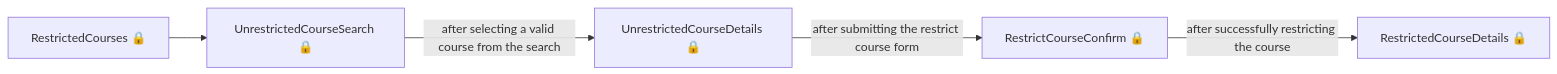
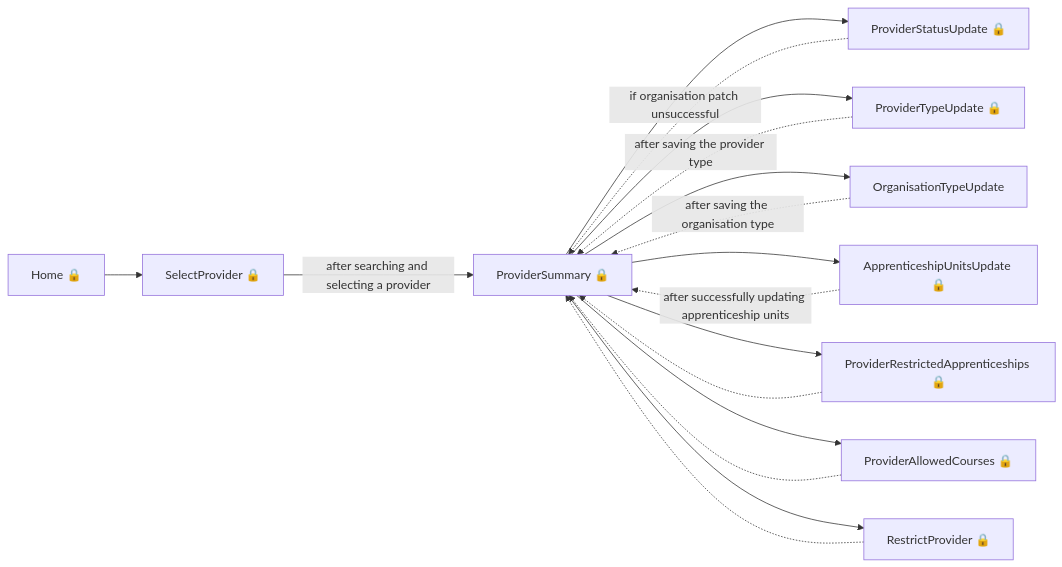
One commit to talentconsulting/atlas-dfe changed the second of 11 diagrams in das-admin-roatp-web/user-journeys/user-journeys.md. Above: the diagram before and after it, drawn with Mermaid. The commit also changed other lines of this file and 22 other files, not shown here.

````diff
--- a/das-admin-roatp-web/user-journeys/user-journeys.md
+++ b/das-admin-roatp-web/user-journeys/user-journeys.md
@@ -37,7 +25,19 @@
 ```mermaid
 flowchart LR
-  p0["RestrictedCourses 🔒"] --> p1["UnrestrictedCourseSearch 🔒"]
-  p1["UnrestrictedCourseSearch 🔒"] -->|"after selecting a valid course from the search"| p2["UnrestrictedCourseDetails 🔒"]
-  p2["UnrestrictedCourseDetails 🔒"] -->|"after submitting the restrict course form"| p3["RestrictCourseConfirm 🔒"]
-  p3["RestrictCourseConfirm 🔒"] -->|"after successfully restricting the course"| p4["RestrictedCourseDetails 🔒"]
+  p0["Home 🔒"] --> p1["SelectProvider 🔒"]
+  p1["SelectProvider 🔒"] -->|"after searching and selecting a provider"| p2["ProviderSummary 🔒"]
+  p2["ProviderSummary 🔒"] --> p3["ProviderStatusUpdate 🔒"]
+  p3["ProviderStatusUpdate 🔒"] -.->|"if organisation patch unsuccessful"| p2["ProviderSummary 🔒"]
+  p2["ProviderSummary 🔒"] --> p4["ProviderTypeUpdate 🔒"]
+  p4["ProviderTypeUpdate 🔒"] -.->|"after saving the provider type"| p2["ProviderSummary 🔒"]
+  p2["ProviderSummary 🔒"] --> p5["OrganisationTypeUpdate"]
+  p5["OrganisationTypeUpdate"] -.->|"after saving the organisation type"| p2["ProviderSummary 🔒"]
+  p2["ProviderSummary 🔒"] --> p6["ApprenticeshipUnitsUpdate 🔒"]
+  p6["ApprenticeshipUnitsUpdate 🔒"] -.->|"after successfully updating apprenticeship units"| p2["ProviderSummary 🔒"]
+  p2["ProviderSummary 🔒"] --> p7["ProviderRestrictedApprenticeships 🔒"]
+  p7["ProviderRestrictedApprenticeships 🔒"] -.-> p2["ProviderSummary 🔒"]
+  p2["ProviderSummary 🔒"] --> p8["ProviderAllowedCourses 🔒"]
+  p8["ProviderAllowedCourses 🔒"] -.-> p2["ProviderSummary 🔒"]
+  p2["ProviderSummary 🔒"] --> p9["RestrictProvider 🔒"]
+  p9["RestrictProvider 🔒"] -.-> p2["ProviderSummary 🔒"]
 ```
````
